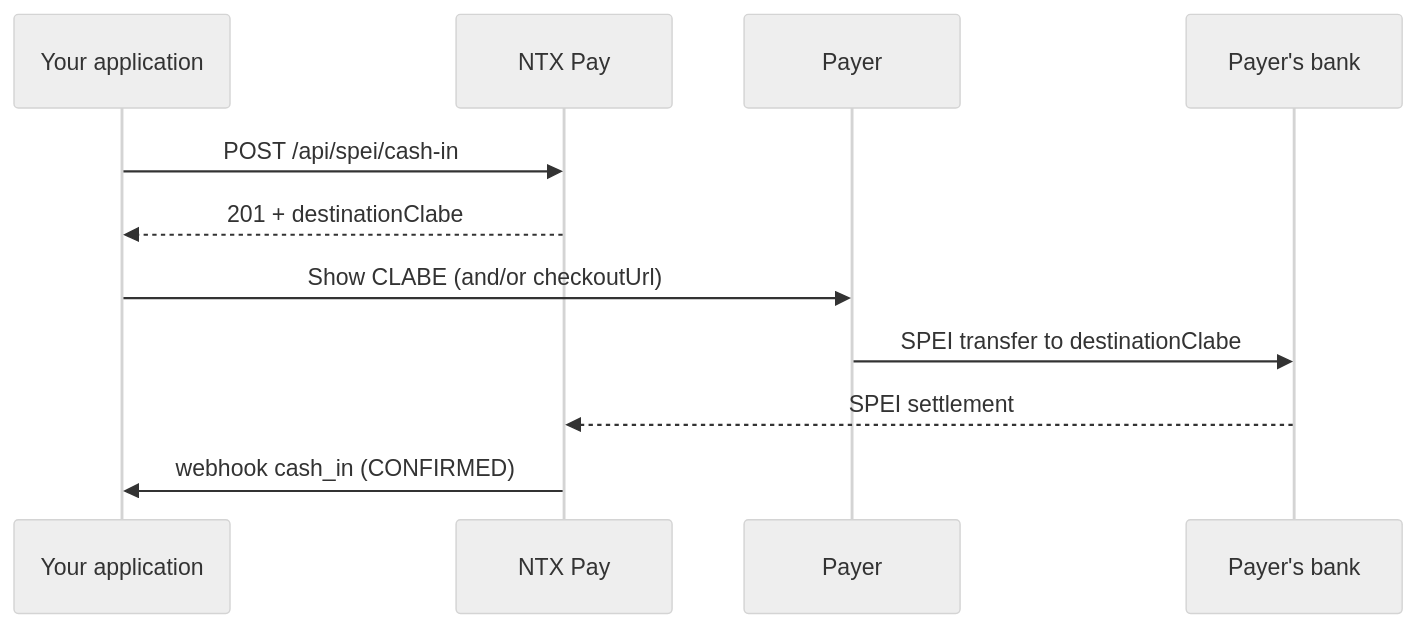
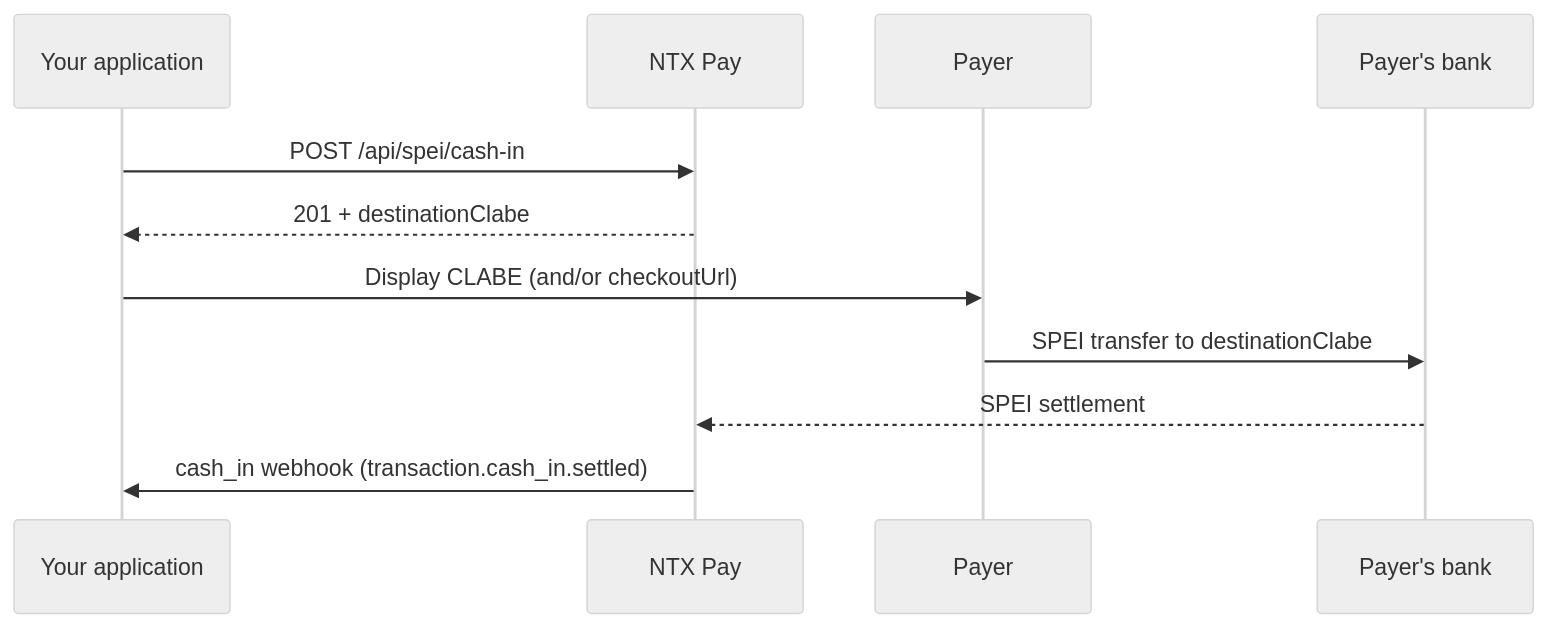
The diagram in en/guides/spei-cash-in.mdx (advanced-digital-services/docs), drawn with Mermaid (neutral theme) before and after one commit. The commit also changed other lines of this file and 64 other files, not shown here.

````diff
--- a/en/guides/spei-cash-in.mdx
+++ b/en/guides/spei-cash-in.mdx
@@ -89,14 +91,14 @@
 ```mermaid
 sequenceDiagram
     participant App as Your application
     participant NTX as NTX Pay
-    participant Payer
+    participant Payer as Payer
     participant Bank as Payer's bank
 
     App->>NTX: POST /api/spei/cash-in
     NTX-->>App: 201 + destinationClabe
-    App->>Payer: Show CLABE (and/or checkoutUrl)
+    App->>Payer: Display CLABE (and/or checkoutUrl)
     Payer->>Bank: SPEI transfer to destinationClabe
     Bank-->>NTX: SPEI settlement
-    NTX->>App: webhook cash_in (CONFIRMED)
+    NTX->>App: cash_in webhook (transaction.cash_in.settled)
 ```
````
